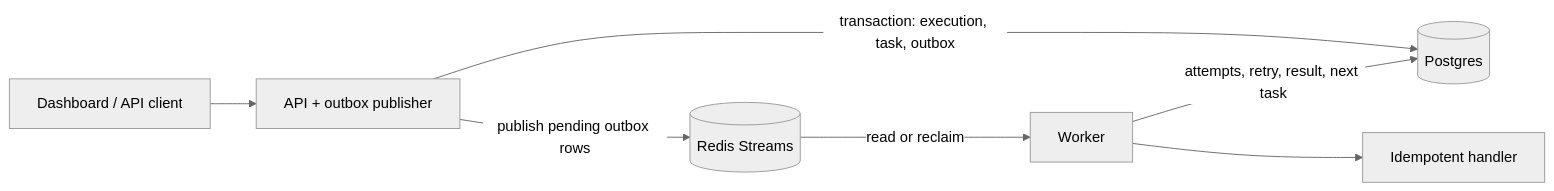
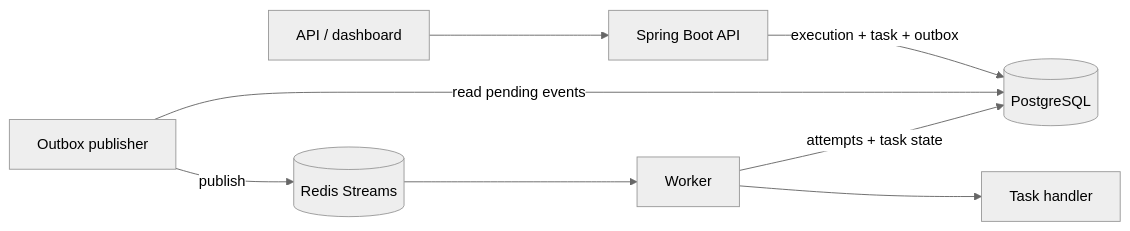
The diagram in README.md (codetitan9999/durableflow_java), drawn with Mermaid (neutral theme) before and after one commit. The commit also changed other lines of this file, not shown here.

````diff
--- a/README.md
+++ b/README.md
@@ -26,9 +9,10 @@
 ```mermaid
 flowchart LR
-    Client["Dashboard / API client"] --> API["API + outbox publisher"]
-    API -->|transaction: execution, task, outbox| PG[("Postgres")]
-    API -->|publish pending outbox rows| Redis[("Redis Streams")]
-    Redis -->|read or reclaim| Worker["Worker"]
-    Worker -->|attempts, retry, result, next task| PG
-    Worker --> Handler["Idempotent handler"]
+    Client[API / dashboard] --> API[Spring Boot API]
+    API -->|execution + task + outbox| DB[(PostgreSQL)]
+    Publisher[Outbox publisher] -->|read pending events| DB
+    Publisher -->|publish| Redis[(Redis Streams)]
+    Redis --> Worker[Worker]
+    Worker -->|attempts + task state| DB
+    Worker --> Handler[Task handler]
 ```
````
